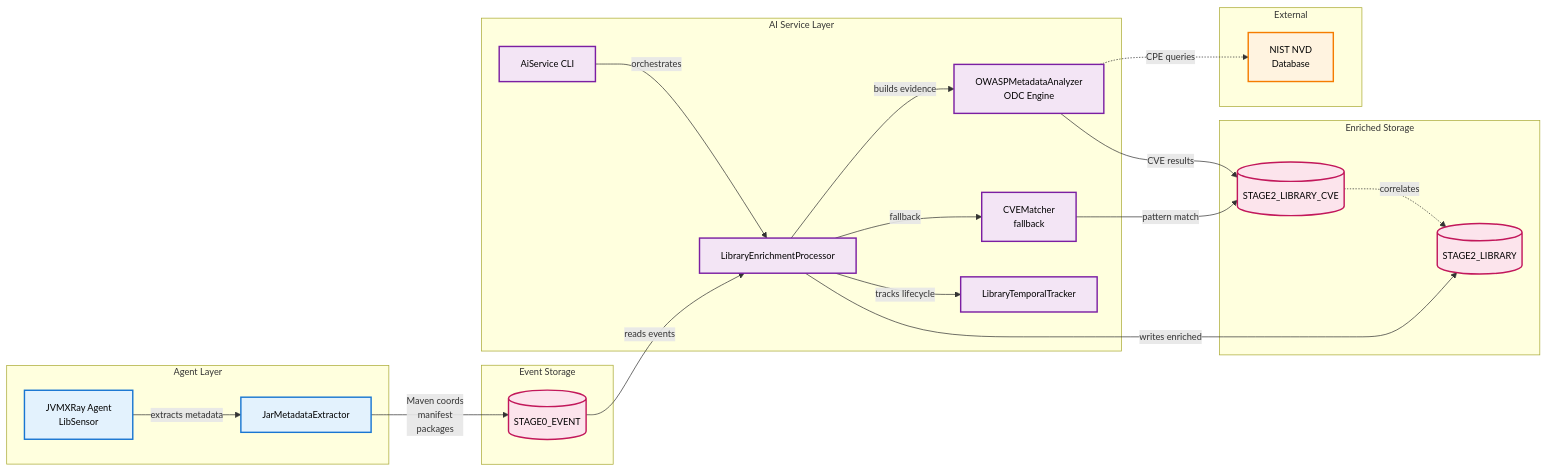
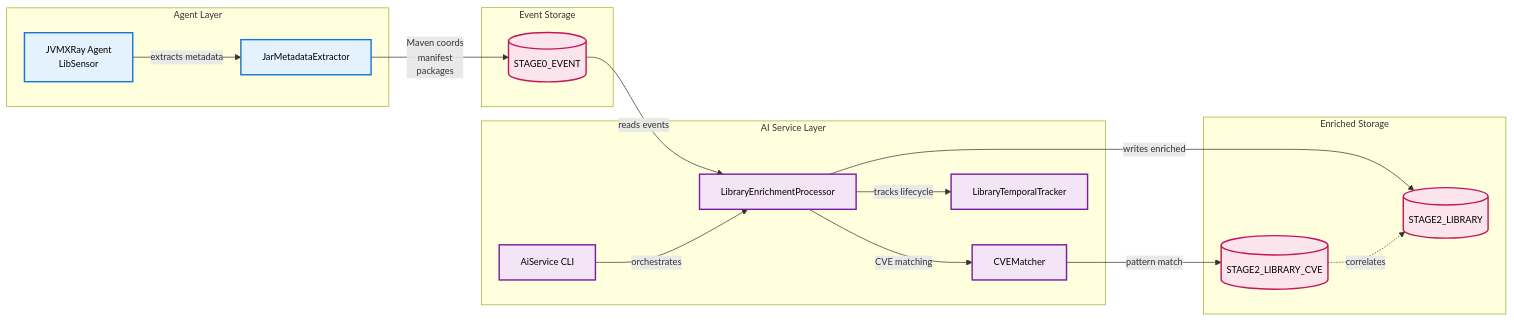
One commit to spoofzu/jvmxray changed the diagram in docs/prj-service-ai.md. Above: the diagram before and after it, drawn with Mermaid. The commit also changed other lines of this file and 84 other files, not shown here.

````diff
--- a/docs/prj-service-ai.md
+++ b/docs/prj-service-ai.md
@@ -50,52 +48,42 @@
 ```mermaid
 %%{init: {'themeVariables': {'fontSize': '13px'}, 'flowchart': {'width': '1200px'}}}%%
 flowchart LR
     subgraph "Agent Layer"
         A[JVMXRay Agent<br/>LibSensor]
         A1[JarMetadataExtractor]
     end
 
     subgraph "Event Storage"
         B[(STAGE0_EVENT)]
     end
 
     subgraph "AI Service Layer"
         C[AiService CLI]
         D[LibraryEnrichmentProcessor]
-        E[OWASPMetadataAnalyzer<br/>ODC Engine]
-        F[CVEMatcher<br/>fallback]
+        F[CVEMatcher]
         G[LibraryTemporalTracker]
     end
 
     subgraph "Enriched Storage"
         H[(STAGE2_LIBRARY)]
         I[(STAGE2_LIBRARY_CVE)]
     end
 
-    subgraph "External"
-        J[NIST NVD<br/>Database]
-    end
-
     A -->|extracts metadata| A1
     A1 -->|Maven coords<br/>manifest<br/>packages| B
     B -->|reads events| D
     C -->|orchestrates| D
-    D -->|builds evidence| E
-    E -.->|CPE queries| J
-    E -->|CVE results| I
-    D -->|fallback| F
+    D -->|CVE matching| F
     D -->|tracks lifecycle| G
     D -->|writes enriched| H
     F -->|pattern match| I
     I -.->|correlates| H
 
     classDef agentLayer fill:#e3f2fd,stroke:#1976d2,stroke-width:2px,color:#000000
     classDef storageLayer fill:#fce4ec,stroke:#c2185b,stroke-width:2px,color:#000000
     classDef aiLayer fill:#f3e5f5,stroke:#7b1fa2,stroke-width:2px,color:#000000
-    classDef externalLayer fill:#fff3e0,stroke:#f57c00,stroke-width:2px,color:#000000
 
     class A,A1 agentLayer
     class B,H,I storageLayer
-    class C,D,E,F,G aiLayer
-    class J externalLayer
+    class C,D,F,G aiLayer
 ```
````
